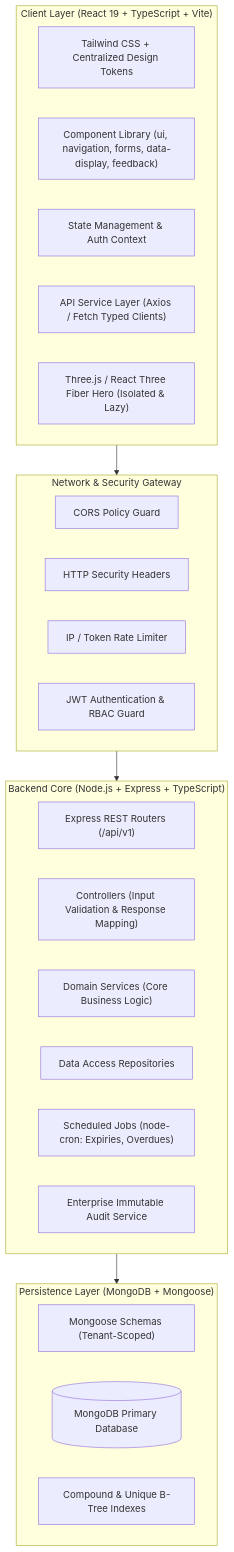
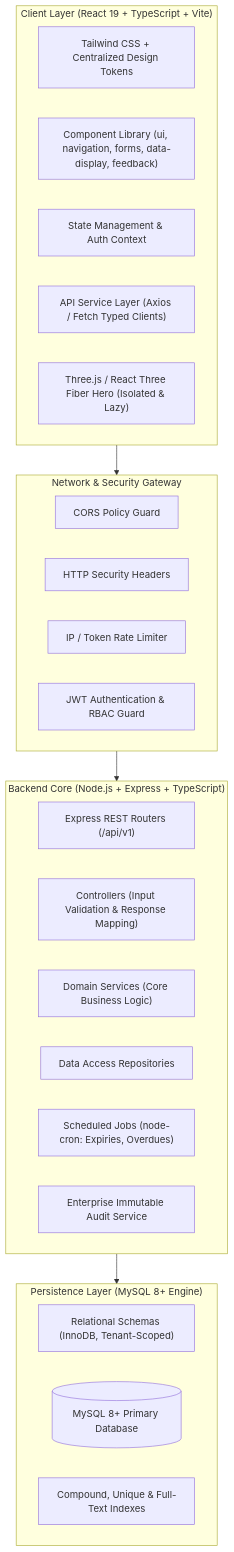
The first of 3 diagrams in ARCHITECTURE.md (ArshadAli23/LIBFLOW), drawn with Mermaid before and after one commit. The commit also changed other lines of this file and 30 other files, not shown here.

Commit message:
feat: migrate database from MongoDB to MySQL

````diff
--- a/ARCHITECTURE.md
+++ b/ARCHITECTURE.md
@@ -14,36 +14,36 @@
 ```mermaid
 flowchart TB
     subgraph ClientLayer ["Client Layer (React 19 + TypeScript + Vite)"]
         UI["Tailwind CSS + Centralized Design Tokens"]
         Components["Component Library (ui, navigation, forms, data-display, feedback)"]
         Store["State Management & Auth Context"]
         APIClient["API Service Layer (Axios / Fetch Typed Clients)"]
         ThreeCanvas["Three.js / React Three Fiber Hero (Isolated & Lazy)"]
     end
 
     subgraph GatewayLayer ["Network & Security Gateway"]
         CORS["CORS Policy Guard"]
         Helmet["HTTP Security Headers"]
         RateLimiter["IP / Token Rate Limiter"]
         AuthMiddleware["JWT Authentication & RBAC Guard"]
     end
 
     subgraph ServiceLayer ["Backend Core (Node.js + Express + TypeScript)"]
         Router["Express REST Routers (/api/v1)"]
         Controllers["Controllers (Input Validation & Response Mapping)"]
         Services["Domain Services (Core Business Logic)"]
         Repositories["Data Access Repositories"]
         Jobs["Scheduled Jobs (node-cron: Expiries, Overdues)"]
         AuditService["Enterprise Immutable Audit Service"]
     end
 
-    subgraph DataLayer ["Persistence Layer (MongoDB + Mongoose)"]
-        MongooseODM["Mongoose Schemas (Tenant-Scoped)"]
-        DB[(MongoDB Primary Database)]
-        Indexes["Compound & Unique B-Tree Indexes"]
+    subgraph DataLayer ["Persistence Layer (MySQL 8+ Engine)"]
+        RelationalTables["Relational Schemas (InnoDB, Tenant-Scoped)"]
+        DB[(MySQL 8+ Primary Database)]
+        Indexes["Compound, Unique & Full-Text Indexes"]
     end
 
     ClientLayer --> GatewayLayer
     GatewayLayer --> ServiceLayer
     ServiceLayer --> DataLayer
 ```
````
